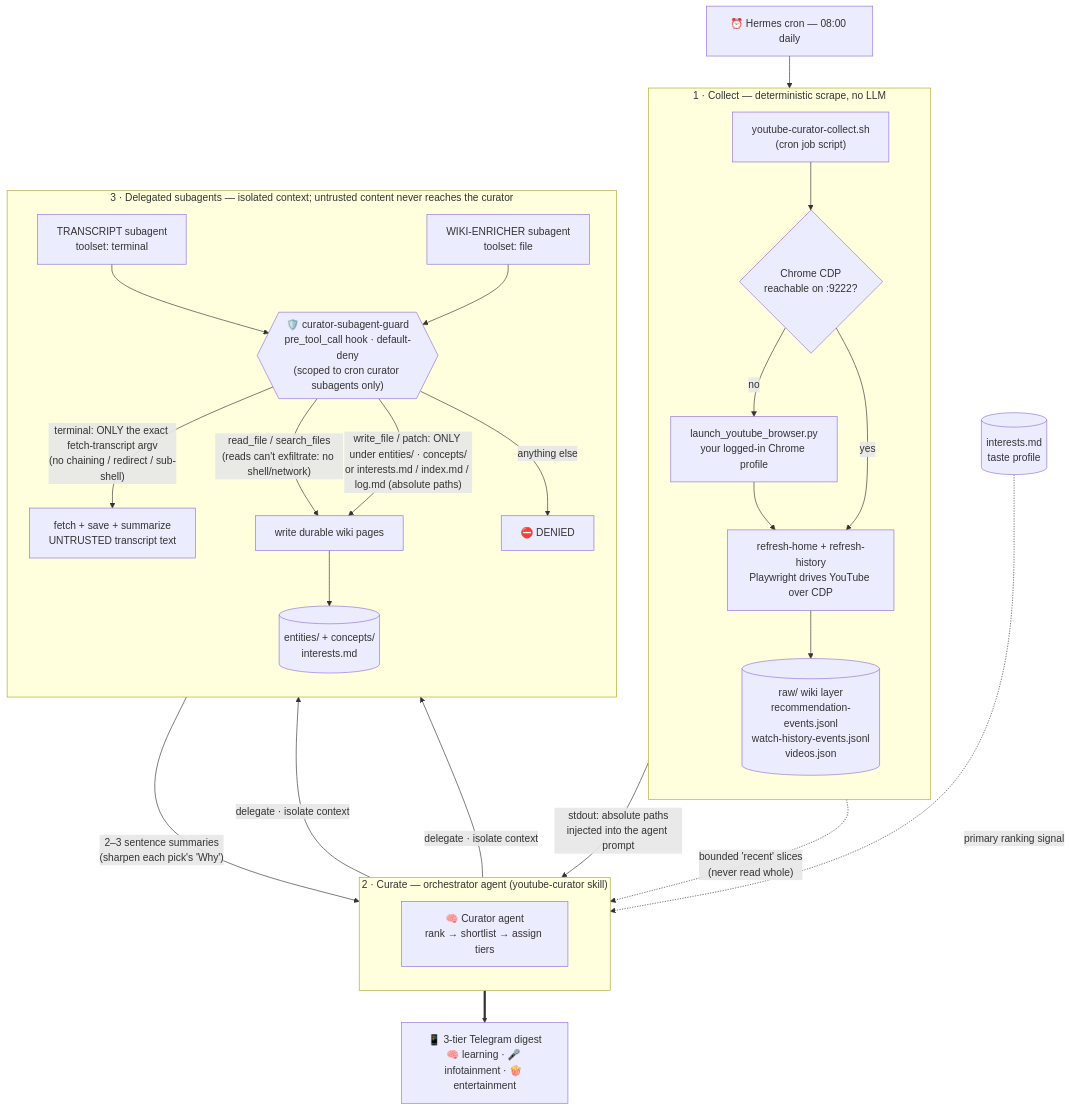
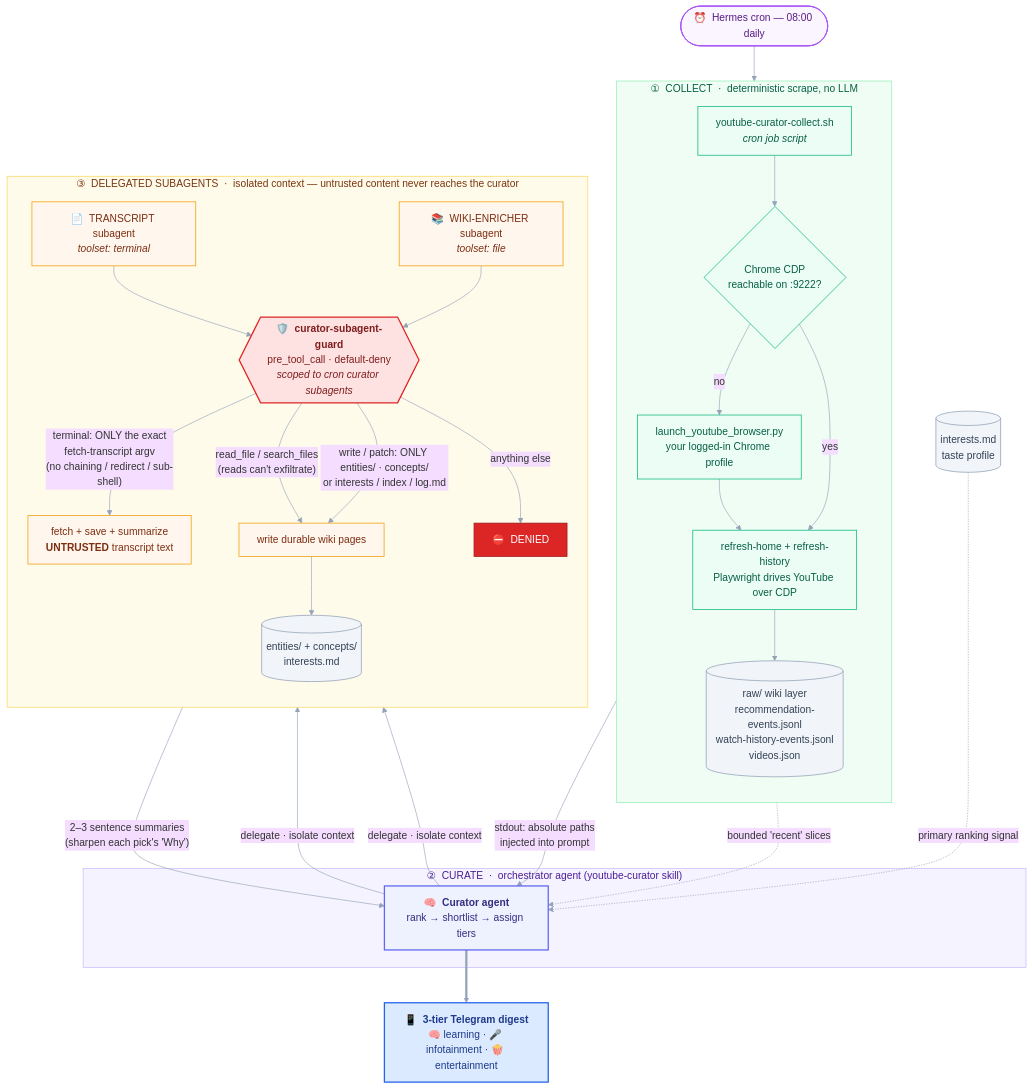
The diagram in README.md (pariidanDKE/HermesYoutubeCurator), drawn with Mermaid before and after one commit.

Commit message:
README: style the pipeline diagram (color-coded stages, curved edges)
Color-code by stage (green = deterministic collect, indigo = orchestrator
agent, amber = delegated subagents, red = security guard / denied, slate =
datastores, blue = Telegram output), add curved edges, circled stage numbers,
and bold/italic emphasis. Re-validated with mermaid-cli.

````diff
--- a/README.md
+++ b/README.md
@@ -32,42 +32,65 @@
 ```mermaid
+%%{init: {'theme':'base','themeVariables':{'lineColor':'#94a3b8','primaryBorderColor':'#cbd5e1'},'flowchart':{'curve':'basis','padding':14,'nodeSpacing':45,'rankSpacing':55}}}%%
 flowchart TD
-    cron["⏰ Hermes cron — 08:00 daily"] --> sh["youtube-curator-collect.sh<br/>(cron job script)"]
+    cron(["⏰ &nbsp;Hermes cron — 08:00 daily"]) --> sh["youtube-curator-collect.sh<br/><i>cron job script</i>"]
 
-    subgraph collect["1 · Collect — deterministic scrape, no LLM"]
+    subgraph collect["① &nbsp;COLLECT &nbsp;·&nbsp; deterministic scrape, no LLM"]
         direction TB
         sh --> cdp{"Chrome CDP<br/>reachable on :9222?"}
         cdp -- "no" --> launch["launch_youtube_browser.py<br/>your logged-in Chrome profile"]
         launch --> scrape
         cdp -- "yes" --> scrape["refresh-home + refresh-history<br/>Playwright drives YouTube over CDP"]
         scrape --> raw[("raw/ wiki layer<br/>recommendation-events.jsonl<br/>watch-history-events.jsonl<br/>videos.json")]
     end
 
-    sh -- "stdout: absolute paths<br/>injected into the agent prompt" --> curator
-    raw -. "bounded 'recent' slices<br/>(never read whole)" .-> curator
+    sh -- "stdout: absolute paths<br/>injected into prompt" --> curator
+    raw -. "bounded 'recent' slices" .-> curator
     interests[("interests.md<br/>taste profile")] -. "primary ranking signal" .-> curator
 
-    subgraph orch["2 · Curate — orchestrator agent (youtube-curator skill)"]
-        direction TB
-        curator["🧠 Curator agent<br/>rank → shortlist → assign tiers"]
+    subgraph orch["② &nbsp;CURATE &nbsp;·&nbsp; orchestrator agent (youtube-curator skill)"]
+        curator["🧠 &nbsp;<b>Curator agent</b><br/>rank → shortlist → assign tiers"]
     end
 
     curator -- "delegate · isolate context" --> tsub
     curator -- "delegate · isolate context" --> wsub
 
-    subgraph iso["3 · Delegated subagents — isolated context; untrusted content never reaches the curator"]
+    subgraph iso["③ &nbsp;DELEGATED SUBAGENTS &nbsp;·&nbsp; isolated context — untrusted content never reaches the curator"]
         direction TB
-        tsub["TRANSCRIPT subagent<br/>toolset: terminal"]
-        wsub["WIKI-ENRICHER subagent<br/>toolset: file"]
-        guard{{"🛡️ curator-subagent-guard<br/>pre_tool_call hook · default-deny<br/>(scoped to cron curator subagents only)"}}
+        tsub["📄 &nbsp;TRANSCRIPT subagent<br/><i>toolset: terminal</i>"]
+        wsub["📚 &nbsp;WIKI-ENRICHER subagent<br/><i>toolset: file</i>"]
+        guard{{"🛡️ &nbsp;<b>curator-subagent-guard</b><br/>pre_tool_call · default-deny<br/><i>scoped to cron curator subagents</i>"}}
         tsub --> guard
         wsub --> guard
-        guard -- "terminal: ONLY the exact fetch-transcript argv<br/>(no chaining / redirect / sub-shell)" --> twork["fetch + save + summarize<br/>UNTRUSTED transcript text"]
-        guard -- "read_file / search_files<br/>(reads can't exfiltrate: no shell/network)" --> wwork
-        guard -- "write_file / patch: ONLY under entities/ · concepts/<br/>or interests.md / index.md / log.md (absolute paths)" --> wwork["write durable wiki pages"]
-        guard -- "anything else" --> deny["⛔ DENIED"]
+        guard -- "terminal: ONLY the exact<br/>fetch-transcript argv<br/>(no chaining / redirect / sub-shell)" --> twork["fetch + save + summarize<br/><b>UNTRUSTED</b> transcript text"]
+        guard -- "read_file / search_files<br/>(reads can't exfiltrate)" --> wwork
+        guard -- "write / patch: ONLY entities/ · concepts/<br/>or interests / index / log.md" --> wwork["write durable wiki pages"]
+        guard -- "anything else" --> deny["⛔ &nbsp;DENIED"]
         wwork --> wikiout[("entities/ + concepts/<br/>interests.md")]
     end
 
     twork -- "2–3 sentence summaries<br/>(sharpen each pick's 'Why')" --> curator
-    curator ==> digest["📱 3-tier Telegram digest<br/>🧠 learning · 🎤 infotainment · 🍿 entertainment"]
+    curator ==> digest["📱 &nbsp;<b>3-tier Telegram digest</b><br/>🧠 learning · 🎤 infotainment · 🍿 entertainment"]
+
+    %% ---------- styling ----------
+    classDef cronCls   fill:#faf5ff,stroke:#a855f7,stroke-width:1.5px,color:#581c87;
+    classDef collectCls fill:#ecfdf5,stroke:#10b981,stroke-width:1.2px,color:#065f46;
+    classDef agentCls  fill:#eef2ff,stroke:#6366f1,stroke-width:2px,color:#312e81;
+    classDef subCls    fill:#fff7ed,stroke:#f59e0b,stroke-width:1.2px,color:#7c2d12;
+    classDef guardCls  fill:#fee2e2,stroke:#dc2626,stroke-width:2px,color:#7f1d1d;
+    classDef denyCls   fill:#dc2626,stroke:#991b1b,stroke-width:1.2px,color:#ffffff;
+    classDef dataCls   fill:#f1f5f9,stroke:#94a3b8,stroke-width:1.2px,color:#334155;
+    classDef outCls    fill:#dbeafe,stroke:#2563eb,stroke-width:2px,color:#1e3a8a;
+
+    class cron cronCls;
+    class sh,cdp,launch,scrape collectCls;
+    class raw,interests,wikiout dataCls;
+    class curator agentCls;
+    class tsub,wsub,twork,wwork subCls;
+    class guard guardCls;
+    class deny denyCls;
+    class digest outCls;
+
+    style collect fill:#f0fdf4,stroke:#86efac,color:#065f46;
+    style orch fill:#f5f3ff,stroke:#c4b5fd,color:#4c1d95;
+    style iso fill:#fffbeb,stroke:#fcd34d,color:#78350f;
 ```
````
